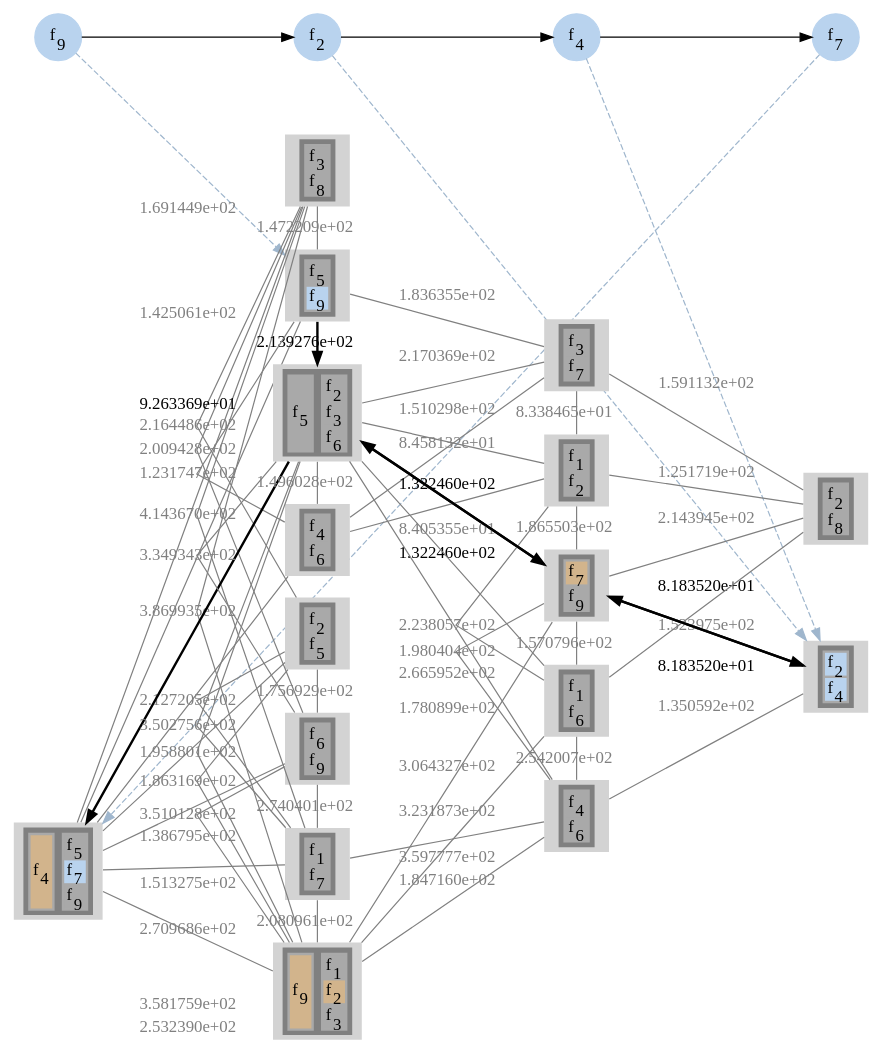
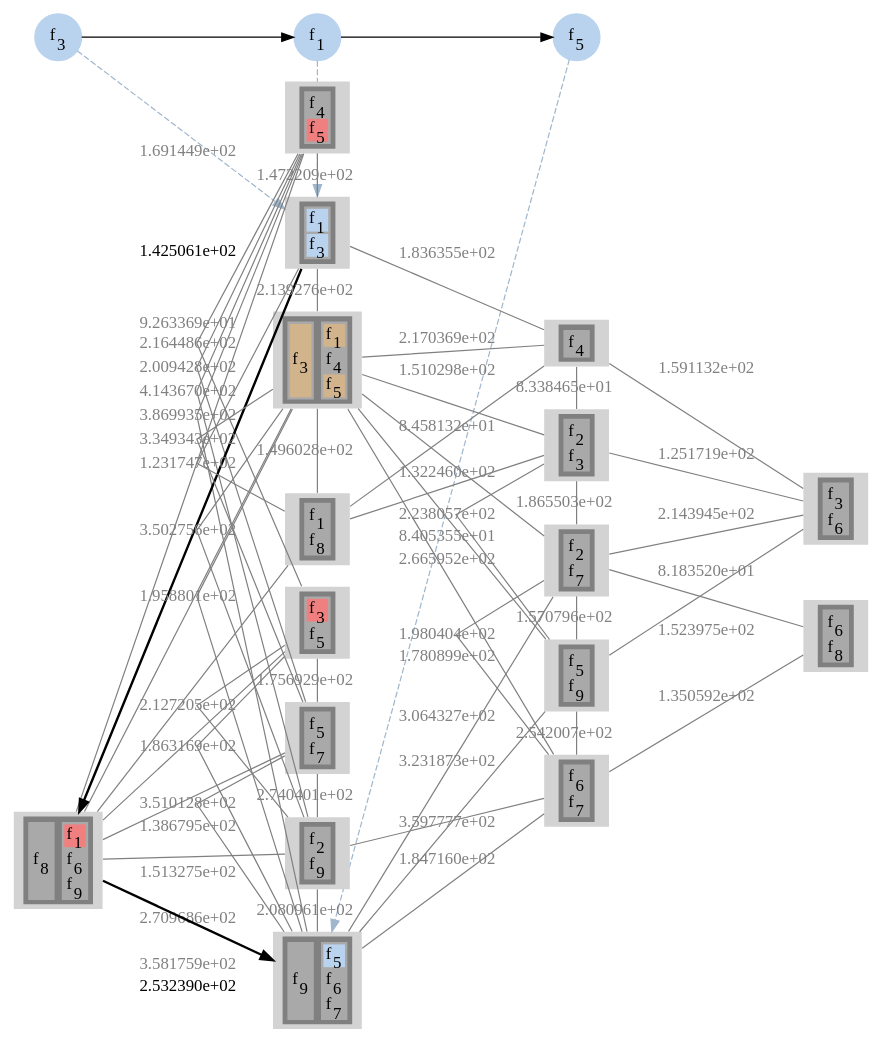
Before and after one commit to prateekshyap/SFC_Placement_in_VNF: the diagram in output/newyork_16_49/gv/sfcAssgn8.gv, drawn with Graphviz. The commit also changed 15 other files, not shown here.

```diff
--- a/output/newyork_16_49/gv/sfcAssgn8.gv
+++ b/output/newyork_16_49/gv/sfcAssgn8.gv
@@ -5,17 +5,14 @@
 subgraph sfc
 {
 node [shape=circle]
-{rank = same; f9; };
-{rank = same; f2; };
-{rank = same; f4; };
-{rank = same; f7; };
-f9[style=filled label=<f<SUB>9</SUB>> color="slategray2"]
-f2[style=filled label=<f<SUB>2</SUB>> color="slategray2"]
-f4[style=filled label=<f<SUB>4</SUB>> color="slategray2"]
-f7[style=filled label=<f<SUB>7</SUB>> color="slategray2"]
-f9 -> f2
-f2 -> f4
-f4 -> f7
+{rank = same; f3; };
+{rank = same; f1; };
+{rank = same; f5; };
+f3[style=filled label=<f<SUB>3</SUB>> color="slategray2"]
+f1[style=filled label=<f<SUB>1</SUB>> color="slategray2"]
+f5[style=filled label=<f<SUB>5</SUB>> color="slategray2"]
+f3 -> f1
+f1 -> f5
 }
 subgraph network
 {
@@ -30,8 +27,220 @@
 <TR>
 <TD>
 <TABLE BORDER="0" BGCOLOR="darkgray">
+<TR><TD PORT="f4" BGCOLOR="slategray2">f<SUB>1</SUB></TD></TR>
+<TR><TD PORT="f12" BGCOLOR="slategray2">f<SUB>3</SUB></TD></TR>
+</TABLE>
+</TD>
+</TR>
+</TABLE>>]
+
+6[style=filled
+label=<
+<TABLE BORDER="0" BGCOLOR="gray">
+<TR>
+<TD>
+<TABLE BORDER="0" BGCOLOR="darkgray">
+<TR><TD PORT="f4" BGCOLOR="slategray2">f<SUB>1</SUB></TD></TR>
+<TR><TD PORT="f12" BGCOLOR="slategray2">f<SUB>3</SUB></TD></TR>
+</TABLE>
+</TD>
+</TR>
+</TABLE>>]
+
+15[style=filled
+label=<
+<TABLE BORDER="0" BGCOLOR="gray">
+<TR>
+<TD>
+<TABLE BORDER="0" BGCOLOR="darkgray">
+<TR><TD PORT="f35" BGCOLOR="darkgray">f<SUB>9</SUB></TD></TR>
+</TABLE>
+</TD>
+<TD>
+<TABLE BORDER="0" BGCOLOR="darkgray">
+<TR><TD PORT="f18" BGCOLOR="slategray2">f<SUB>5</SUB></TD></TR>
+<TR><TD PORT="f23" BGCOLOR="darkgray">f<SUB>6</SUB></TD></TR>
+<TR><TD PORT="f29" BGCOLOR="darkgray">f<SUB>7</SUB></TD></TR>
+</TABLE>
+</TD>
+</TR>
+</TABLE>>]
+
+1[style=filled
+label=<
+<TABLE BORDER="0" BGCOLOR="gray">
+<TR>
+<TD>
+<TABLE BORDER="0" BGCOLOR="darkgray">
+<TR><TD PORT="f32" BGCOLOR="darkgray">f<SUB>8</SUB></TD></TR>
+</TABLE>
+</TD>
+<TD>
+<TABLE BORDER="0" BGCOLOR="darkgray">
+<TR><TD PORT="f2" BGCOLOR="lightcoral">f<SUB>1</SUB></TD></TR>
+<TR><TD PORT="f26" BGCOLOR="darkgray">f<SUB>6</SUB></TD></TR>
+<TR><TD PORT="f36" BGCOLOR="darkgray">f<SUB>9</SUB></TD></TR>
+</TABLE>
+</TD>
+</TR>
+</TABLE>>]
+
+2[style=filled
+label=<
+<TABLE BORDER="0" BGCOLOR="gray">
+<TR>
+<TD>
+<TABLE BORDER="0" BGCOLOR="darkgray">
+<TR><TD PORT="f14" BGCOLOR="darkgray">f<SUB>4</SUB></TD></TR>
+<TR><TD PORT="f19" BGCOLOR="lightcoral">f<SUB>5</SUB></TD></TR>
+</TABLE>
+</TD>
+</TR>
+</TABLE>>]
+
+5[style=filled
+label=<
+<TABLE BORDER="0" BGCOLOR="gray">
+<TR>
+<TD>
+<TABLE BORDER="0" BGCOLOR="darkgray">
+<TR><TD PORT="f11" BGCOLOR="lightcoral">f<SUB>3</SUB></TD></TR>
 <TR><TD PORT="f20" BGCOLOR="darkgray">f<SUB>5</SUB></TD></TR>
-<TR><TD PORT="f38" BGCOLOR="slategray2">f<SUB>9</SUB></TD></TR>
+</TABLE>
+</TD>
+</TR>
+</TABLE>>]
+
+7[style=filled
+label=<
+<TABLE BORDER="0" BGCOLOR="gray">
+<TR>
+<TD>
+<TABLE BORDER="0" BGCOLOR="darkgray">
+<TR><TD PORT="f8" BGCOLOR="tan">f<SUB>3</SUB></TD></TR>
+</TABLE>
+</TD>
+<TD>
+<TABLE BORDER="0" BGCOLOR="darkgray">
+<TR><TD PORT="f1" BGCOLOR="tan">f<SUB>1</SUB></TD></TR>
+<TR><TD PORT="f13" BGCOLOR="darkgray">f<SUB>4</SUB></TD></TR>
+<TR><TD PORT="f17" BGCOLOR="tan">f<SUB>5</SUB></TD></TR>
+</TABLE>
+</TD>
+</TR>
+</TABLE>>]
+
+8[style=filled
+label=<
+<TABLE BORDER="0" BGCOLOR="gray">
+<TR>
+<TD>
+<TABLE BORDER="0" BGCOLOR="darkgray">
+<TR><TD PORT="f3" BGCOLOR="darkgray">f<SUB>1</SUB></TD></TR>
+<TR><TD PORT="f34" BGCOLOR="darkgray">f<SUB>8</SUB></TD></TR>
+</TABLE>
+</TD>
+</TR>
+</TABLE>>]
+
+12[style=filled
+label=<
+<TABLE BORDER="0" BGCOLOR="gray">
+<TR>
+<TD>
+<TABLE BORDER="0" BGCOLOR="darkgray">
+<TR><TD PORT="f22" BGCOLOR="darkgray">f<SUB>5</SUB></TD></TR>
+<TR><TD PORT="f31" BGCOLOR="darkgray">f<SUB>7</SUB></TD></TR>
+</TABLE>
+</TD>
+</TR>
+</TABLE>>]
+
+13[style=filled
+label=<
+<TABLE BORDER="0" BGCOLOR="gray">
+<TR>
+<TD>
+<TABLE BORDER="0" BGCOLOR="darkgray">
+<TR><TD PORT="f7" BGCOLOR="darkgray">f<SUB>2</SUB></TD></TR>
+<TR><TD PORT="f37" BGCOLOR="darkgray">f<SUB>9</SUB></TD></TR>
+</TABLE>
+</TD>
+</TR>
+</TABLE>>]
+
+3[style=filled
+label=<
+<TABLE BORDER="0" BGCOLOR="gray">
+<TR>
+<TD>
+<TABLE BORDER="0" BGCOLOR="darkgray">
+<TR><TD PORT="f15" BGCOLOR="darkgray">f<SUB>4</SUB></TD></TR>
+</TABLE>
+</TD>
+</TR>
+</TABLE>>]
+
+4[style=filled
+label=<
+<TABLE BORDER="0" BGCOLOR="gray">
+<TR>
+<TD>
+<TABLE BORDER="0" BGCOLOR="darkgray">
+<TR><TD PORT="f6" BGCOLOR="darkgray">f<SUB>2</SUB></TD></TR>
+<TR><TD PORT="f10" BGCOLOR="darkgray">f<SUB>3</SUB></TD></TR>
+</TABLE>
+</TD>
+</TR>
+</TABLE>>]
+
+11[style=filled
+label=<
+<TABLE BORDER="0" BGCOLOR="gray">
+<TR>
+<TD>
+<TABLE BORDER="0" BGCOLOR="darkgray">
+<TR><TD PORT="f9" BGCOLOR="darkgray">f<SUB>3</SUB></TD></TR>
+<TR><TD PORT="f24" BGCOLOR="darkgray">f<SUB>6</SUB></TD></TR>
+</TABLE>
+</TD>
+</TR>
+</TABLE>>]
+
+9[style=filled
+label=<
+<TABLE BORDER="0" BGCOLOR="gray">
+<TR>
+<TD>
+<TABLE BORDER="0" BGCOLOR="darkgray">
+<TR><TD PORT="f5" BGCOLOR="darkgray">f<SUB>2</SUB></TD></TR>
+<TR><TD PORT="f28" BGCOLOR="darkgray">f<SUB>7</SUB></TD></TR>
+</TABLE>
+</TD>
+</TR>
+</TABLE>>]
+
+10[style=filled
+label=<
+<TABLE BORDER="0" BGCOLOR="gray">
+<TR>
+<TD>
+<TABLE BORDER="0" BGCOLOR="darkgray">
+<TR><TD PORT="f21" BGCOLOR="darkgray">f<SUB>5</SUB></TD></TR>
+<TR><TD PORT="f38" BGCOLOR="darkgray">f<SUB>9</SUB></TD></TR>
+</TABLE>
+</TD>
+</TR>
+</TABLE>>]
+
+14[style=filled
+label=<
+<TABLE BORDER="0" BGCOLOR="gray">
+<TR>
+<TD>
+<TABLE BORDER="0" BGCOLOR="darkgray">
+<TR><TD PORT="f27" BGCOLOR="darkgray">f<SUB>6</SUB></TD></TR>
+<TR><TD PORT="f30" BGCOLOR="darkgray">f<SUB>7</SUB></TD></TR>
 </TABLE>
 </TD>
 </TR>
@@ -43,252 +252,21 @@
 <TR>
 <TD>
 <TABLE BORDER="0" BGCOLOR="darkgray">
-<TR><TD PORT="f6" BGCOLOR="slategray2">f<SUB>2</SUB></TD></TR>
-<TR><TD PORT="f18" BGCOLOR="slategray2">f<SUB>4</SUB></TD></TR>
-</TABLE>
-</TD>
-</TR>
-</TABLE>>]
-
-16[style=filled
-label=<
-<TABLE BORDER="0" BGCOLOR="gray">
-<TR>
-<TD>
-<TABLE BORDER="0" BGCOLOR="darkgray">
-<TR><TD PORT="f6" BGCOLOR="slategray2">f<SUB>2</SUB></TD></TR>
-<TR><TD PORT="f18" BGCOLOR="slategray2">f<SUB>4</SUB></TD></TR>
-</TABLE>
-</TD>
-</TR>
-</TABLE>>]
-
-16[style=filled
-label=<
-<TABLE BORDER="0" BGCOLOR="gray">
-<TR>
-<TD>
-<TABLE BORDER="0" BGCOLOR="darkgray">
-<TR><TD PORT="f6" BGCOLOR="slategray2">f<SUB>2</SUB></TD></TR>
-<TR><TD PORT="f18" BGCOLOR="slategray2">f<SUB>4</SUB></TD></TR>
-</TABLE>
-</TD>
-</TR>
-</TABLE>>]
-
-1[style=filled
-label=<
-<TABLE BORDER="0" BGCOLOR="gray">
-<TR>
-<TD>
-<TABLE BORDER="0" BGCOLOR="darkgray">
-<TR><TD PORT="f17" BGCOLOR="tan">f<SUB>4</SUB></TD></TR>
-</TABLE>
-</TD>
-<TD>
-<TABLE BORDER="0" BGCOLOR="darkgray">
-<TR><TD PORT="f22" BGCOLOR="darkgray">f<SUB>5</SUB></TD></TR>
-<TR><TD PORT="f30" BGCOLOR="slategray2">f<SUB>7</SUB></TD></TR>
-<TR><TD PORT="f35" BGCOLOR="darkgray">f<SUB>9</SUB></TD></TR>
-</TABLE>
-</TD>
-</TR>
-</TABLE>>]
-
-2[style=filled
-label=<
-<TABLE BORDER="0" BGCOLOR="gray">
-<TR>
-<TD>
-<TABLE BORDER="0" BGCOLOR="darkgray">
-<TR><TD PORT="f13" BGCOLOR="darkgray">f<SUB>3</SUB></TD></TR>
-<TR><TD PORT="f32" BGCOLOR="darkgray">f<SUB>8</SUB></TD></TR>
-</TABLE>
-</TD>
-</TR>
-</TABLE>>]
-
-5[style=filled
-label=<
-<TABLE BORDER="0" BGCOLOR="gray">
-<TR>
-<TD>
-<TABLE BORDER="0" BGCOLOR="darkgray">
-<TR><TD PORT="f8" BGCOLOR="darkgray">f<SUB>2</SUB></TD></TR>
-<TR><TD PORT="f21" BGCOLOR="darkgray">f<SUB>5</SUB></TD></TR>
-</TABLE>
-</TD>
-</TR>
-</TABLE>>]
-
-7[style=filled
-label=<
-<TABLE BORDER="0" BGCOLOR="gray">
-<TR>
-<TD>
-<TABLE BORDER="0" BGCOLOR="darkgray">
-<TR><TD PORT="f19" BGCOLOR="darkgray">f<SUB>5</SUB></TD></TR>
-</TABLE>
-</TD>
-<TD>
-<TABLE BORDER="0" BGCOLOR="darkgray">
-<TR><TD PORT="f9" BGCOLOR="darkgray">f<SUB>2</SUB></TD></TR>
-<TR><TD PORT="f12" BGCOLOR="darkgray">f<SUB>3</SUB></TD></TR>
-<TR><TD PORT="f24" BGCOLOR="darkgray">f<SUB>6</SUB></TD></TR>
-</TABLE>
-</TD>
-</TR>
-</TABLE>>]
-
-8[style=filled
-label=<
-<TABLE BORDER="0" BGCOLOR="gray">
-<TR>
-<TD>
-<TABLE BORDER="0" BGCOLOR="darkgray">
-<TR><TD PORT="f15" BGCOLOR="darkgray">f<SUB>4</SUB></TD></TR>
-<TR><TD PORT="f23" BGCOLOR="darkgray">f<SUB>6</SUB></TD></TR>
-</TABLE>
-</TD>
-</TR>
-</TABLE>>]
-
-12[style=filled
-label=<
-<TABLE BORDER="0" BGCOLOR="gray">
-<TR>
-<TD>
-<TABLE BORDER="0" BGCOLOR="darkgray">
-<TR><TD PORT="f27" BGCOLOR="darkgray">f<SUB>6</SUB></TD></TR>
-<TR><TD PORT="f37" BGCOLOR="darkgray">f<SUB>9</SUB></TD></TR>
-</TABLE>
-</TD>
-</TR>
-</TABLE>>]
-
-13[style=filled
-label=<
-<TABLE BORDER="0" BGCOLOR="gray">
-<TR>
-<TD>
-<TABLE BORDER="0" BGCOLOR="darkgray">
-<TR><TD PORT="f3" BGCOLOR="darkgray">f<SUB>1</SUB></TD></TR>
-<TR><TD PORT="f29" BGCOLOR="darkgray">f<SUB>7</SUB></TD></TR>
-</TABLE>
-</TD>
-</TR>
-</TABLE>>]
-
-15[style=filled
-label=<
-<TABLE BORDER="0" BGCOLOR="gray">
-<TR>
-<TD>
-<TABLE BORDER="0" BGCOLOR="darkgray">
-<TR><TD PORT="f34" BGCOLOR="tan">f<SUB>9</SUB></TD></TR>
-</TABLE>
-</TD>
-<TD>
-<TABLE BORDER="0" BGCOLOR="darkgray">
-<TR><TD PORT="f4" BGCOLOR="darkgray">f<SUB>1</SUB></TD></TR>
-<TR><TD PORT="f7" BGCOLOR="tan">f<SUB>2</SUB></TD></TR>
-<TR><TD PORT="f14" BGCOLOR="darkgray">f<SUB>3</SUB></TD></TR>
-</TABLE>
-</TD>
-</TR>
-</TABLE>>]
-
-3[style=filled
-label=<
-<TABLE BORDER="0" BGCOLOR="gray">
-<TR>
-<TD>
-<TABLE BORDER="0" BGCOLOR="darkgray">
-<TR><TD PORT="f11" BGCOLOR="darkgray">f<SUB>3</SUB></TD></TR>
-<TR><TD PORT="f28" BGCOLOR="darkgray">f<SUB>7</SUB></TD></TR>
-</TABLE>
-</TD>
-</TR>
-</TABLE>>]
-
-4[style=filled
-label=<
-<TABLE BORDER="0" BGCOLOR="gray">
-<TR>
-<TD>
-<TABLE BORDER="0" BGCOLOR="darkgray">
-<TR><TD PORT="f1" BGCOLOR="darkgray">f<SUB>1</SUB></TD></TR>
-<TR><TD PORT="f5" BGCOLOR="darkgray">f<SUB>2</SUB></TD></TR>
-</TABLE>
-</TD>
-</TR>
-</TABLE>>]
-
-11[style=filled
-label=<
-<TABLE BORDER="0" BGCOLOR="gray">
-<TR>
-<TD>
-<TABLE BORDER="0" BGCOLOR="darkgray">
-<TR><TD PORT="f10" BGCOLOR="darkgray">f<SUB>2</SUB></TD></TR>
+<TR><TD PORT="f25" BGCOLOR="darkgray">f<SUB>6</SUB></TD></TR>
 <TR><TD PORT="f33" BGCOLOR="darkgray">f<SUB>8</SUB></TD></TR>
 </TABLE>
 </TD>
 </TR>
 </TABLE>>]
 
-9[style=filled
-label=<
-<TABLE BORDER="0" BGCOLOR="gray">
-<TR>
-<TD>
-<TABLE BORDER="0" BGCOLOR="darkgray">
-<TR><TD PORT="f31" BGCOLOR="tan">f<SUB>7</SUB></TD></TR>
-<TR><TD PORT="f36" BGCOLOR="darkgray">f<SUB>9</SUB></TD></TR>
-</TABLE>
-</TD>
-</TR>
-</TABLE>>]
-
-10[style=filled
-label=<
-<TABLE BORDER="0" BGCOLOR="gray">
-<TR>
-<TD>
-<TABLE BORDER="0" BGCOLOR="darkgray">
-<TR><TD PORT="f2" BGCOLOR="darkgray">f<SUB>1</SUB></TD></TR>
-<TR><TD PORT="f25" BGCOLOR="darkgray">f<SUB>6</SUB></TD></TR>
-</TABLE>
-</TD>
-</TR>
-</TABLE>>]
-
-14[style=filled
-label=<
-<TABLE BORDER="0" BGCOLOR="gray">
-<TR>
-<TD>
-<TABLE BORDER="0" BGCOLOR="darkgray">
-<TR><TD PORT="f16" BGCOLOR="darkgray">f<SUB>4</SUB></TD></TR>
-<TR><TD PORT="f26" BGCOLOR="darkgray">f<SUB>6</SUB></TD></TR>
-</TABLE>
-</TD>
-</TR>
-</TABLE>>]
-
-6 -> 7[label="2.139276e+02" color="black" penwidth=2]
-7 -> 9[label="1.322460e+02" color="black" penwidth=2]
-9 -> 16[label="8.183520e+01" color="black" penwidth=2]
-16 -> 9[label="8.183520e+01" color="black" penwidth=2]
-9 -> 7[label="1.322460e+02" color="black" penwidth=2]
-7 -> 1[label="9.263369e+01" color="black" penwidth=2]
+6 -> 1[label="1.425061e+02" color="black" penwidth=2]
+1 -> 15[label="2.532390e+02" color="black" penwidth=2]
 1 -> 2[label="1.691449e+02" color="gray" fontcolor="gray" dir = none]
 1 -> 5[label="1.513275e+02" color="gray" fontcolor="gray" dir = none]
-1 -> 6[label="1.425061e+02" color="gray" fontcolor="gray" dir = none]
+1 -> 7[label="9.263369e+01" color="gray" fontcolor="gray" dir = none]
 1 -> 8[label="1.386795e+02" color="gray" fontcolor="gray" dir = none]
 1 -> 12[label="2.709686e+02" color="gray" fontcolor="gray" dir = none]
 1 -> 13[label="3.581759e+02" color="gray" fontcolor="gray" dir = none]
-1 -> 15[label="2.532390e+02" color="gray" fontcolor="gray" dir = none]
 2 -> 5[label="2.164486e+02" color="gray" fontcolor="gray" dir = none]
 2 -> 6[label="1.472209e+02" color="gray" fontcolor="gray" dir = none]
 2 -> 12[label="2.009428e+02" color="gray" fontcolor="gray" dir = none]
@@ -307,8 +285,10 @@
 5 -> 12[label="1.756929e+02" color="gray" fontcolor="gray" dir = none]
 5 -> 13[label="2.127205e+02" color="gray" fontcolor="gray" dir = none]
 5 -> 15[label="1.863169e+02" color="gray" fontcolor="gray" dir = none]
+6 -> 7[label="2.139276e+02" color="gray" fontcolor="gray" dir = none]
 6 -> 8[label="1.231747e+02" color="gray" fontcolor="gray" dir = none]
 7 -> 8[label="1.496028e+02" color="gray" fontcolor="gray" dir = none]
+7 -> 9[label="1.322460e+02" color="gray" fontcolor="gray" dir = none]
 7 -> 10[label="2.665952e+02" color="gray" fontcolor="gray" dir = none]
 7 -> 12[label="3.349343e+02" color="gray" fontcolor="gray" dir = none]
 7 -> 13[label="3.502756e+02" color="gray" fontcolor="gray" dir = none]
@@ -318,6 +298,7 @@
 9 -> 11[label="2.143945e+02" color="gray" fontcolor="gray" dir = none]
 9 -> 14[label="1.980404e+02" color="gray" fontcolor="gray" dir = none]
 9 -> 15[label="1.780899e+02" color="gray" fontcolor="gray" dir = none]
+9 -> 16[label="8.183520e+01" color="gray" fontcolor="gray" dir = none]
 10 -> 11[label="1.523975e+02" color="gray" fontcolor="gray" dir = none]
 10 -> 14[label="2.542007e+02" color="gray" fontcolor="gray" dir = none]
 10 -> 15[label="3.231873e+02" color="gray" fontcolor="gray" dir = none]
@@ -329,8 +310,7 @@
 14 -> 16[label="1.350592e+02" color="gray" fontcolor="gray" dir = none]
 }
 splines=false
-f9 -> 6[color="slategray3" style=dashed constraint=false]
-f2 -> 16[color="slategray3" style=dashed constraint=false]
-f4 -> 16[color="slategray3" style=dashed constraint=false]
-f7 -> 1[color="slategray3" style=dashed constraint=false]
+f3 -> 6[color="slategray3" style=dashed constraint=false]
+f1 -> 6[color="slategray3" style=dashed constraint=false]
+f5 -> 15[color="slategray3" style=dashed constraint=false]
 }
```
